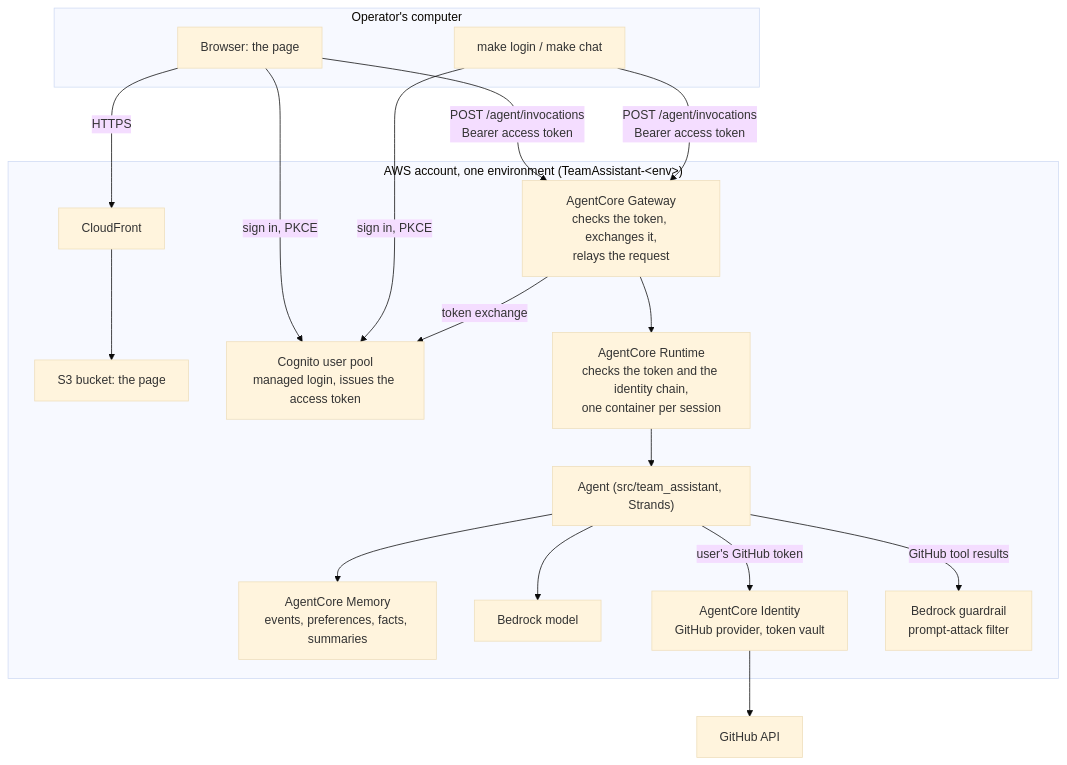
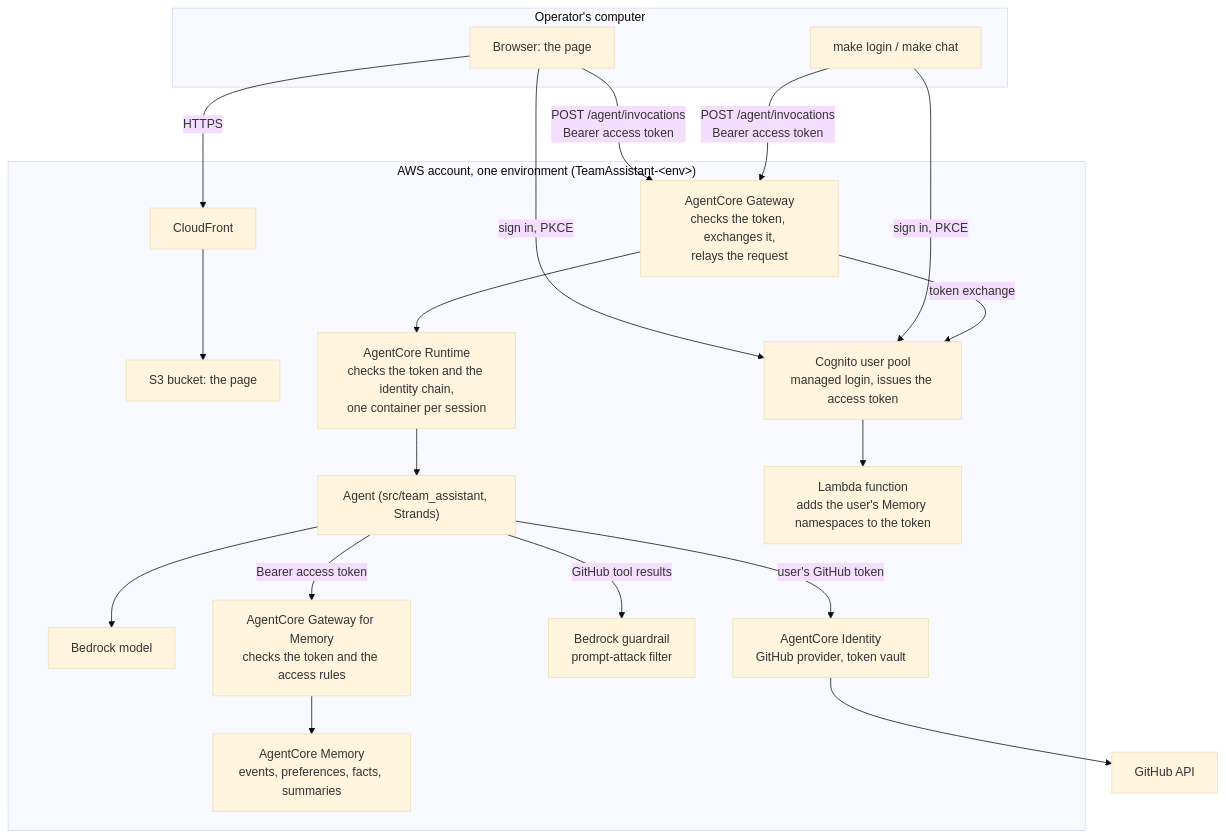
One commit to jzubielik/team-assistant changed the diagram in docs/architecture.md. Above: the diagram before and after it, drawn with Mermaid (base theme). The commit also changed other lines of this file and 28 other files, not shown here.

First line of the commit message:
feat: put Memory behind a gateway with per-user access rules (#9)

````diff
--- a/docs/architecture.md
+++ b/docs/architecture.md
@@ -5,32 +5,35 @@
 ```mermaid
 flowchart TB
     subgraph client["Operator's computer"]
         browser["Browser: the page"]
         cli["make login / make chat"]
     end
     subgraph aws["AWS account, one environment (TeamAssistant-&lt;env&gt;)"]
         cf["CloudFront"] --> s3["S3 bucket: the page"]
         cognito["Cognito user pool<br/>managed login, issues the access token"]
         gw["AgentCore Gateway<br/>checks the token, exchanges it,<br/>relays the request"]
         rt["AgentCore Runtime<br/>checks the token and the identity chain,<br/>one container per session"]
         agent["Agent (src/team_assistant, Strands)"]
         mem["AgentCore Memory<br/>events, preferences, facts, summaries"]
         model["Bedrock model"]
         idn["AgentCore Identity<br/>GitHub provider, token vault"]
         guard["Bedrock guardrail<br/>prompt-attack filter"]
+        claims["Lambda function<br/>adds the user's Memory namespaces to the token"]
+        mgw["AgentCore Gateway for Memory<br/>checks the token and the access rules"]
     end
     github["GitHub API"]
 
     browser -->|HTTPS| cf
     browser -->|sign in, PKCE| cognito
     cli -->|sign in, PKCE| cognito
     browser -->|"POST /agent/invocations<br/>Bearer access token"| gw
     cli -->|"POST /agent/invocations<br/>Bearer access token"| gw
     gw -->|token exchange| cognito
     gw --> rt --> agent
-    agent --> mem
+    cognito --> claims
+    agent -->|"Bearer access token"| mgw --> mem
     agent --> model
     agent -->|user's GitHub token| idn
     agent -->|GitHub tool results| guard
     idn --> github
 ```
````
